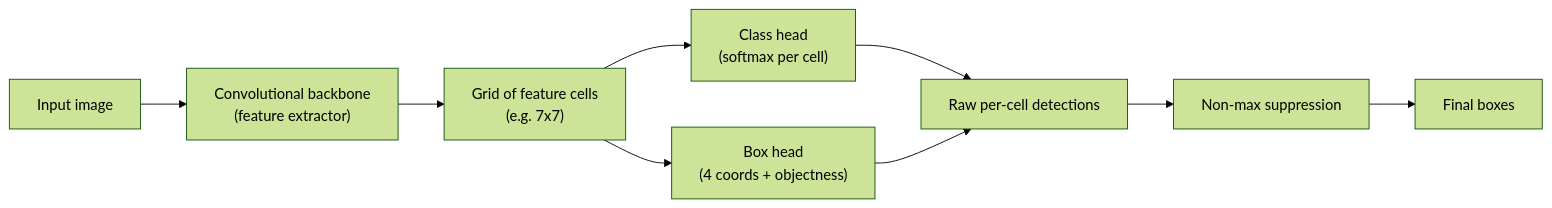
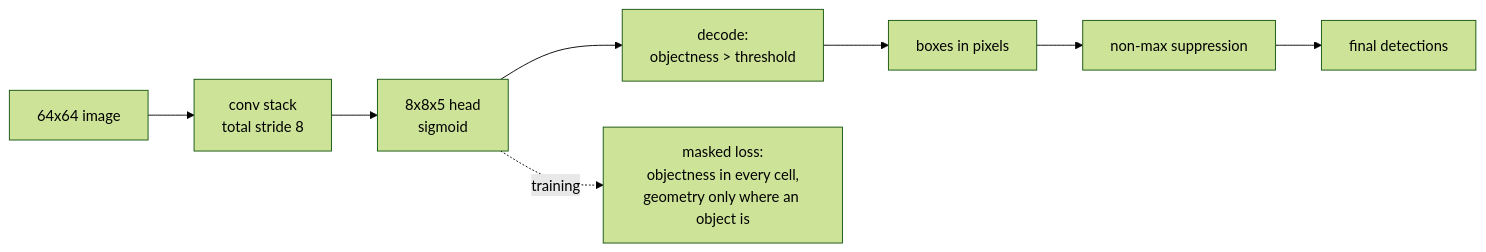
The diagram in src/content/docs/Deep Learning/Phase 03 - Computer Vision with CNNs/Object Detection (Bounding Boxes and YOLO).mdx (Ravikisha/PythonCentralHub), drawn with Mermaid (forest theme) before and after one commit. The commit also changed other lines of this file and 626 other files, not shown here.

````diff
--- a/src/content/docs/Deep Learning/Phase 03 - Computer Vision with CNNs/Object Detection (Bounding Boxes and YOLO).mdx
+++ b/src/content/docs/Deep Learning/Phase 03 - Computer Vision with CNNs/Object Detection (Bounding Boxes and YOLO).mdx
@@ -165,11 +93,10 @@
-```mermaid title="Detector architecture" desc="A shared convolutional backbone feeds two small heads: one predicts a class per grid cell, the other predicts a box (plus objectness) per grid cell."
+```mermaid
 flowchart LR
-  I["Input image"] --> B["Convolutional backbone<br/>(feature extractor)"]
-  B --> G["Grid of feature cells<br/>(e.g. 7x7)"]
-  G --> C["Class head<br/>(softmax per cell)"]
-  G --> L["Box head<br/>(4 coords + objectness)"]
-  C --> O["Raw per-cell detections"]
-  L --> O
-  O --> N["Non-max suppression"]
-  N --> D["Final boxes"]
+  A["64x64 image"] --> B["conv stack<br/>total stride 8"]
+  B --> C["8x8x5 head<br/>sigmoid"]
+  C --> D["decode:<br/>objectness > threshold"]
+  D --> E["boxes in pixels"]
+  E --> F["non-max suppression"]
+  F --> G["final detections"]
+  C -. "training" .-> H["masked loss:<br/>objectness in every cell,<br/>geometry only where an object is"]
 ```
````
